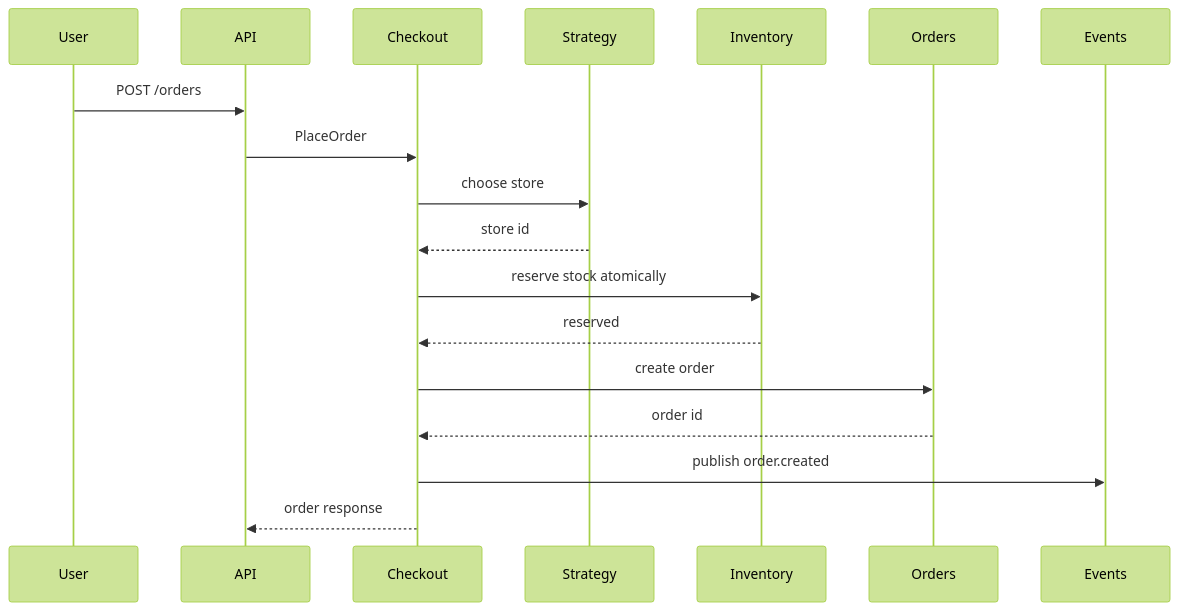
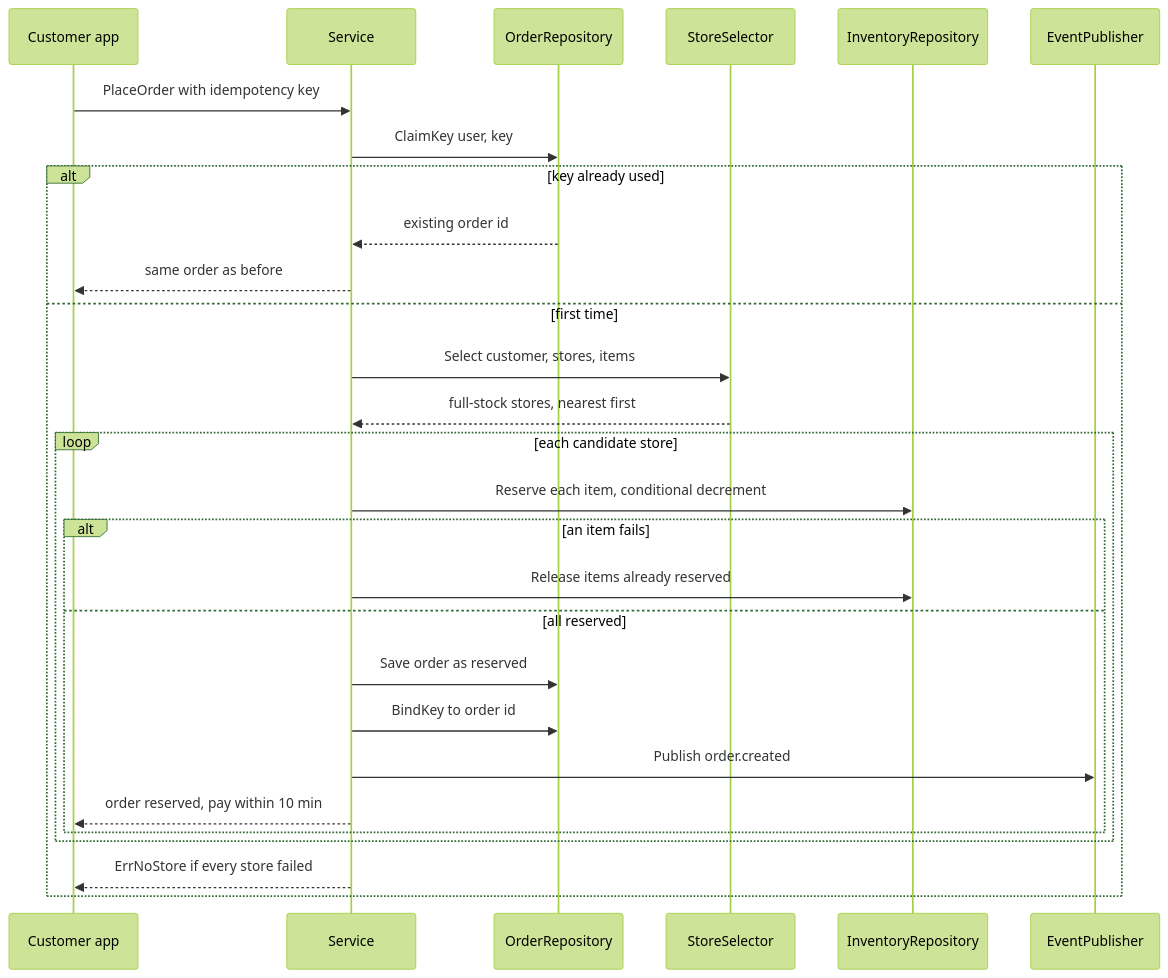
One commit to PriyanshuMidha/System_Design_notes changed the third of 3 diagrams in LLD with Go/practice/Inventory Order Assignment LLD in Go.md. Above: the diagram before and after it, drawn with Mermaid (forest theme). The commit also changed other lines of this file and 64 other files, not shown here.

````diff
--- a/LLD with Go/practice/Inventory Order Assignment LLD in Go.md
+++ b/LLD with Go/practice/Inventory Order Assignment LLD in Go.md
@@ -52,20 +911,30 @@
 ```mermaid
 sequenceDiagram
-  participant User
-  participant API
-  participant Checkout
-  participant Strategy
-  participant Inventory
-  participant Orders
-  participant Events
-  User->>API: POST /orders
-  API->>Checkout: PlaceOrder
-  Checkout->>Strategy: choose store
-  Strategy-->>Checkout: store id
-  Checkout->>Inventory: reserve stock atomically
-  Inventory-->>Checkout: reserved
-  Checkout->>Orders: create order
-  Orders-->>Checkout: order id
-  Checkout->>Events: publish order.created
-  Checkout-->>API: order response
+  participant U as Customer app
+  participant S as Service
+  participant OR as OrderRepository
+  participant SEL as StoreSelector
+  participant INV as InventoryRepository
+  participant EV as EventPublisher
+  U->>S: PlaceOrder with idempotency key
+  S->>OR: ClaimKey user, key
+  alt key already used
+    OR-->>S: existing order id
+    S-->>U: same order as before
+  else first time
+    S->>SEL: Select customer, stores, items
+    SEL-->>S: full-stock stores, nearest first
+    loop each candidate store
+      S->>INV: Reserve each item, conditional decrement
+      alt an item fails
+        S->>INV: Release items already reserved
+      else all reserved
+        S->>OR: Save order as reserved
+        S->>OR: BindKey to order id
+        S->>EV: Publish order.created
+        S-->>U: order reserved, pay within 10 min
+      end
+    end
+    S-->>U: ErrNoStore if every store failed
+  end
 ```
````
